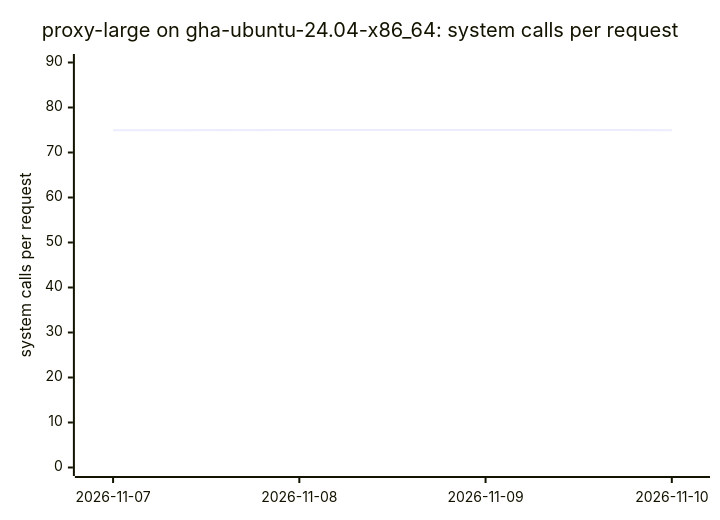
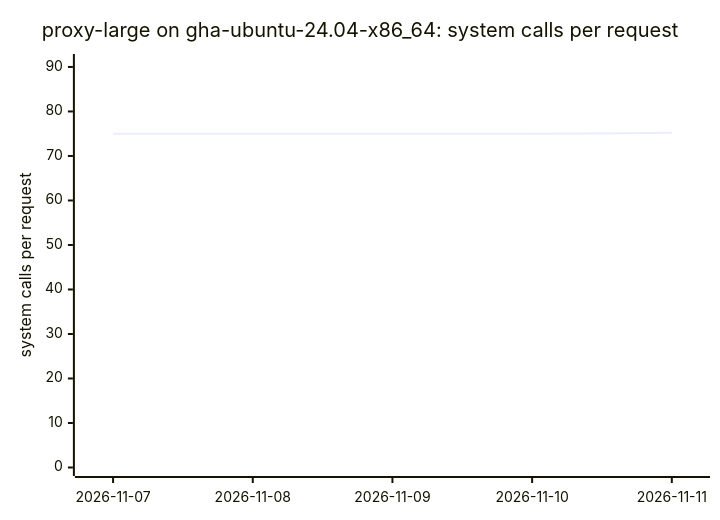
Diagram 15 of 18 in BENCHMARKS.md (ThePixelPilgrim/durchlauferhitzer), drawn with Mermaid before and after one commit. The commit also changed other lines of this file and 1 other file, not shown here.

````diff
--- a/BENCHMARKS.md
+++ b/BENCHMARKS.md
@@ -168,7 +168,7 @@
 ```mermaid
 xychart-beta
   title "proxy-large on gha-ubuntu-24.04-x86_64: system calls per request"
-  x-axis ["2026-11-07", "2026-11-08", "2026-11-09", "2026-11-10"]
-  y-axis "system calls per request" 0 --> 90
-  line [74.97, 74.98, 74.98, 74.97]
+  x-axis ["2026-11-07", "2026-11-08", "2026-11-09", "2026-11-10", "2026-11-11"]
+  y-axis "system calls per request" 0 --> 91
+  line [74.97, 74.98, 74.98, 74.97, 75.19]
 ```
````
